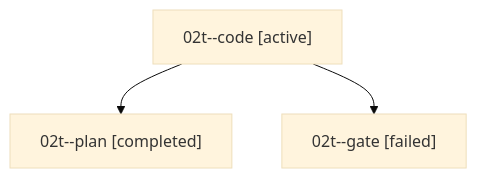
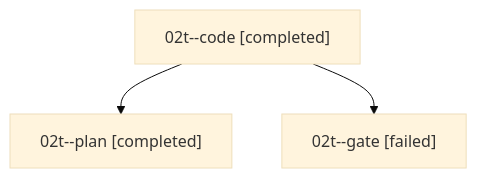
Before and after one commit to bobs-org/bob-cli--agents: the diagram in families/bbugyi200.athena.02t.md, drawn with Mermaid (base theme). The commit also changed other lines of this file and 34 other files, not shown here.

````diff
--- a/families/bbugyi200.athena.02t.md
+++ b/families/bbugyi200.athena.02t.md
@@ -9,8 +9,8 @@
 ```mermaid
 flowchart TD
-  n0["02t--code [active]"]
+  n0["02t--code [completed]"]
   n1["02t--plan [completed]"]
   n0 --> n1
   n2["02t--gate [failed]"]
   n0 --> n2
 ```
````
